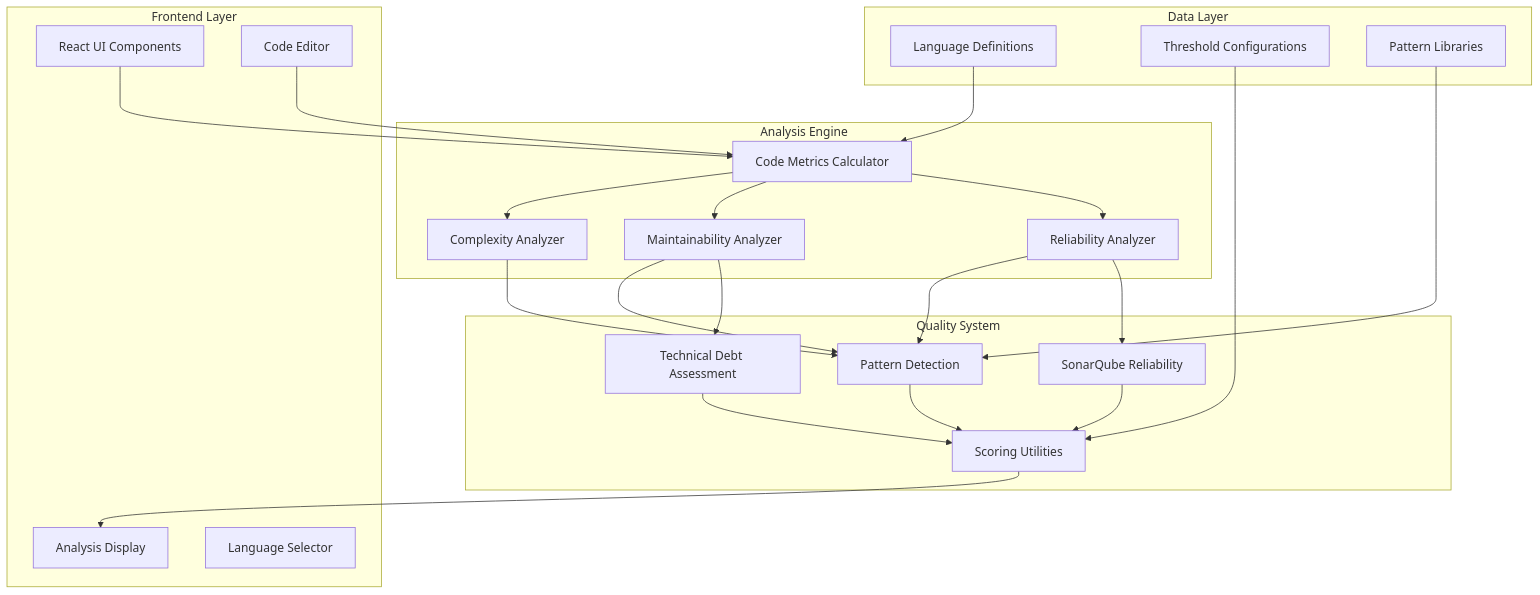
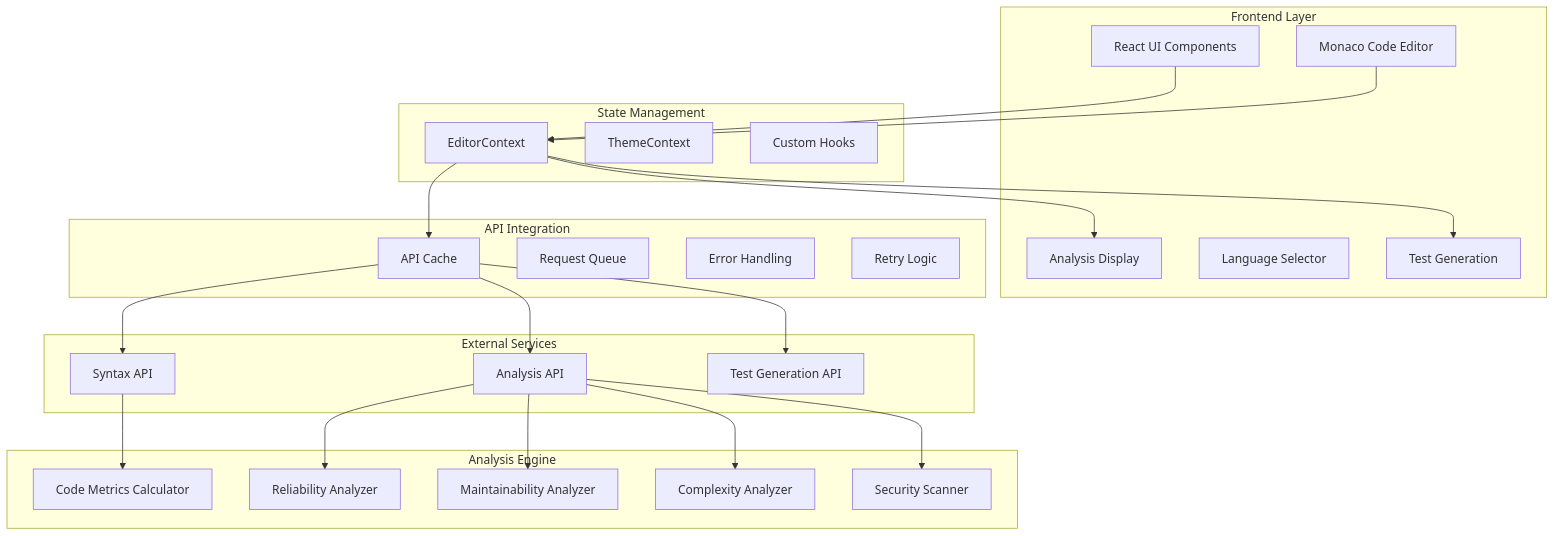
Before and after one commit to mandarborkar2304/Code-Quality-Tool: the first of 3 diagrams in docs/architecture.md, drawn with Mermaid. The commit also changed other lines of this file and 60 other files, not shown here.

First line of the commit message:
feat: add comprehensive code analysis and error handling

````diff
--- a/docs/architecture.md
+++ b/docs/architecture.md
@@ -10,47 +10,51 @@
 ```mermaid
 graph TB
     subgraph "Frontend Layer"
         A[React UI Components]
-        B[Code Editor]
+        B[Monaco Code Editor]
         C[Analysis Display]
         D[Language Selector]
+        E[Test Generation]
+    end
+    
+    subgraph "State Management"
+        F[EditorContext]
+        G[ThemeContext]
+        H[Custom Hooks]
+    end
+    
+    subgraph "API Integration"
+        I[API Cache]
+        J[Request Queue]
+        K[Error Handling]
+        L[Retry Logic]
     end
     
     subgraph "Analysis Engine"
-        E[Code Metrics Calculator]
-        F[Reliability Analyzer]
-        G[Maintainability Analyzer]
-        H[Complexity Analyzer]
+        M[Code Metrics Calculator]
+        N[Reliability Analyzer]
+        O[Maintainability Analyzer]
+        P[Complexity Analyzer]
+        Q[Security Scanner]
     end
     
-    subgraph "Quality System"
-        I[SonarQube Reliability]
-        J[Technical Debt Assessment]
-        K[Pattern Detection]
-        L[Scoring Utilities]
+    subgraph "External Services"
+        R[Syntax API]
+        S[Analysis API]
+        T[Test Generation API]
     end
     
-    subgraph "Data Layer"
-        M[Language Definitions]
-        N[Threshold Configurations]
-        O[Pattern Libraries]
-    end
-    
-    A --> E
-    B --> E
-    E --> F
-    E --> G
-    E --> H
+    A --> F
+    B --> F
     F --> I
-    G --> J
-    F --> K
-    G --> K
-    H --> K
-    I --> L
-    J --> L
-    K --> L
-    L --> C
-    M --> E
-    N --> L
-    O --> K
+    I --> R
+    I --> S
+    I --> T
+    R --> M
+    S --> N
+    S --> O
+    S --> P
+    S --> Q
+    F --> C
+    F --> E
 ```
````
